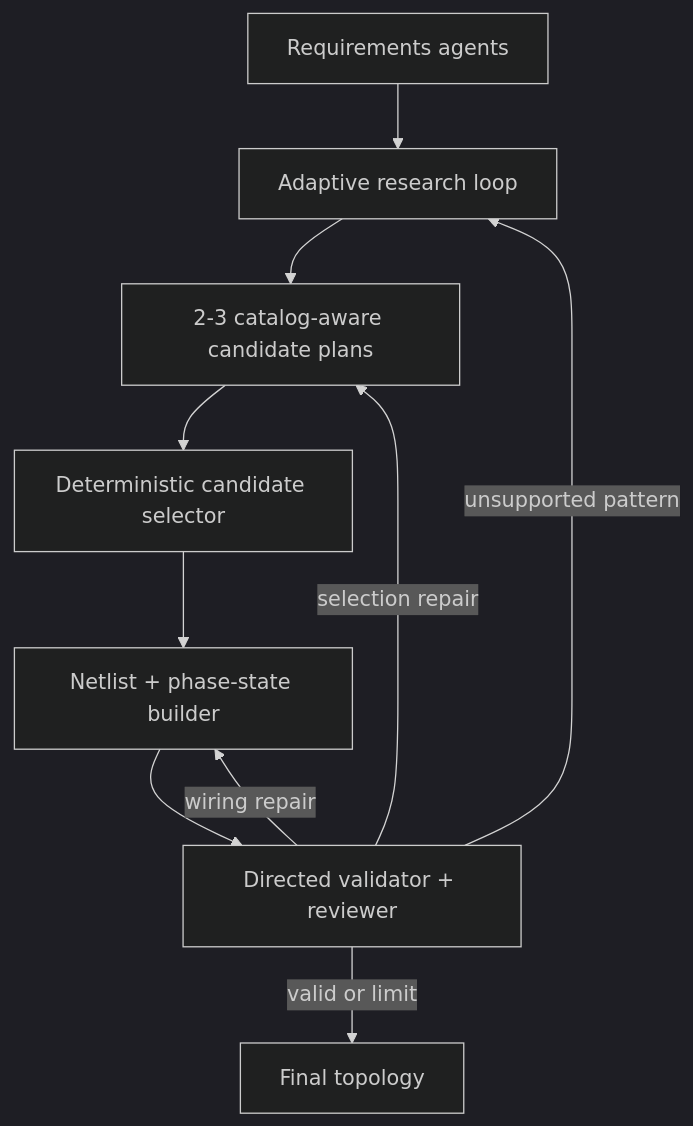
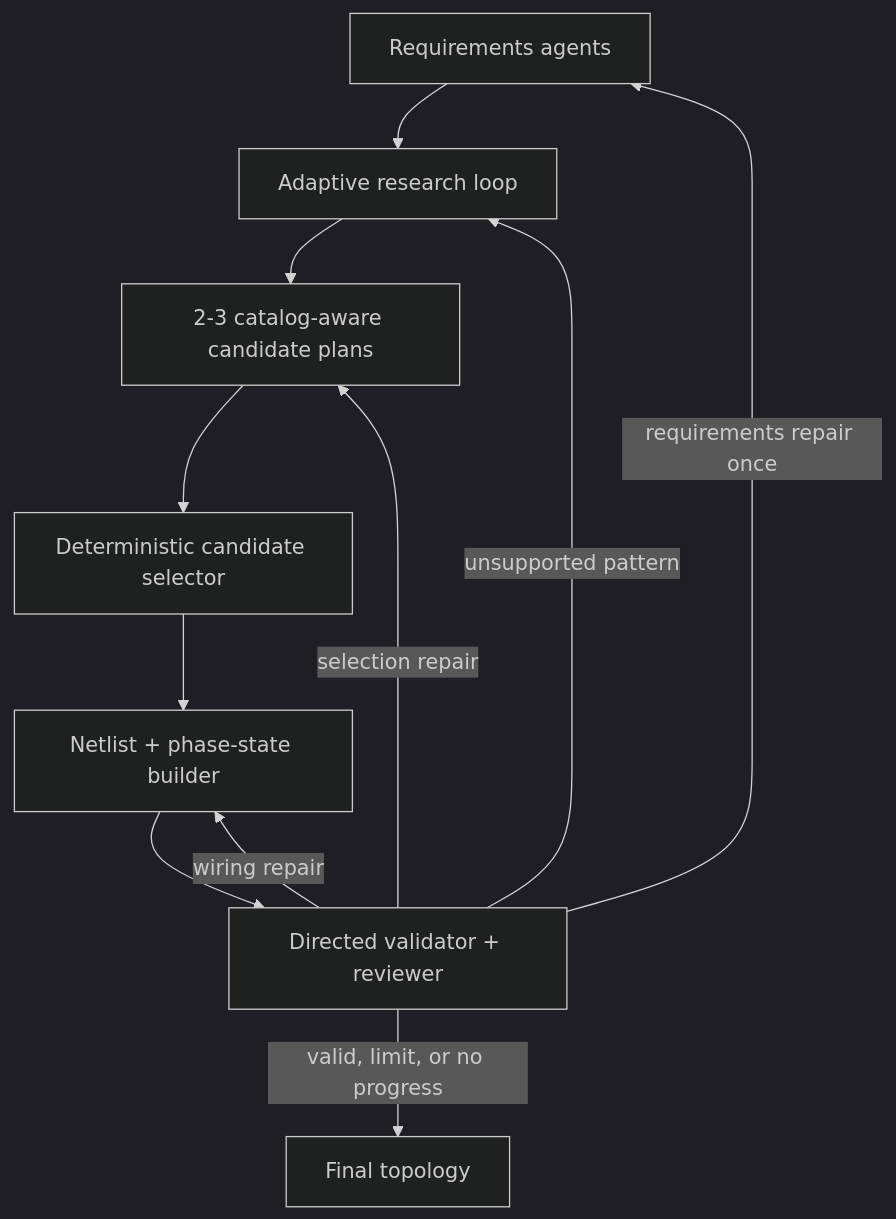
Before and after one commit to ahhmaaadd/Hydraulic_Topology_MAS: the diagram in docs/ARCHITECTURE.md, drawn with Mermaid (dark theme). The commit also changed other lines of this file and 50 other files, not shown here.

````diff
--- a/docs/ARCHITECTURE.md
+++ b/docs/ARCHITECTURE.md
@@ -29,12 +29,13 @@
 ```mermaid
 flowchart TD
     A[Requirements agents] --> B[Adaptive research loop]
     B --> C[2-3 catalog-aware candidate plans]
     C --> D[Deterministic candidate selector]
     D --> G[Netlist + phase-state builder]
     G --> E[Directed validator + reviewer]
     E -->|selection repair| C
     E -->|wiring repair| G
+    E -->|requirements repair once| A
     E -->|unsupported pattern| B
-    E -->|valid or limit| F[Final topology]
+    E -->|valid, limit, or no progress| F[Final topology]
 ```
````
